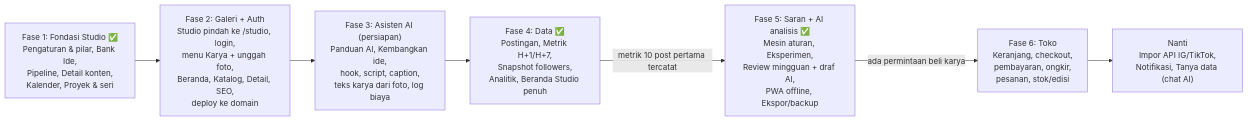
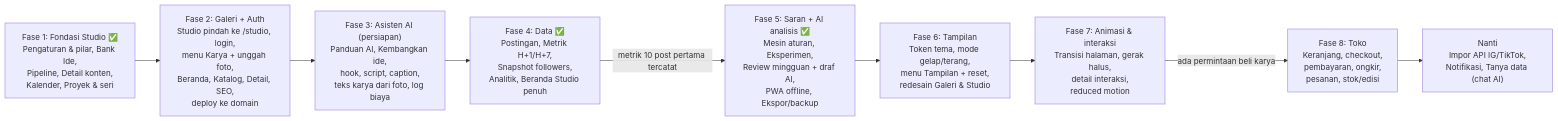
Before and after one commit to Andisurya01/cula-art: the second of 2 diagrams in docs/PRD.md, drawn with Mermaid. The commit also changed other lines of this file and 3 other files, not shown here.

````diff
--- a/docs/PRD.md
+++ b/docs/PRD.md
@@ -696,16 +739,20 @@
 ```mermaid
 flowchart LR
   F1["Fase 1: Fondasi Studio ✅<br/>Pengaturan & pilar, Bank Ide,<br/>Pipeline, Detail konten,<br/>Kalender, Proyek & seri"]
   F2["Fase 2: Galeri + Auth<br/>Studio pindah ke /studio, login,<br/>menu Karya + unggah foto,<br/>Beranda, Katalog, Detail, SEO,<br/>deploy ke domain"]
   F3["Fase 3: Asisten AI (persiapan)<br/>Panduan AI, Kembangkan ide,<br/>hook, script, caption,<br/>teks karya dari foto, log biaya"]
   F4["Fase 4: Data ✅<br/>Postingan, Metrik H+1/H+7,<br/>Snapshot followers,<br/>Analitik, Beranda Studio penuh"]
   F5["Fase 5: Saran + AI analisis ✅<br/>Mesin aturan, Eksperimen,<br/>Review mingguan + draf AI,<br/>PWA offline, Ekspor/backup"]
-  F6["Fase 6: Toko<br/>Keranjang, checkout,<br/>pembayaran, ongkir,<br/>pesanan, stok/edisi"]
-  F7["Nanti<br/>Impor API IG/TikTok,<br/>Notifikasi, Tanya data (chat AI)"]
+  F6["Fase 6: Tampilan<br/>Token tema, mode gelap/terang,<br/>menu Tampilan + reset,<br/>redesain Galeri & Studio"]
+  F7["Fase 7: Animasi & interaksi<br/>Transisi halaman, gerak halus,<br/>detail interaksi,<br/>reduced motion"]
+  F8["Fase 8: Toko<br/>Keranjang, checkout,<br/>pembayaran, ongkir,<br/>pesanan, stok/edisi"]
+  F9["Nanti<br/>Impor API IG/TikTok,<br/>Notifikasi, Tanya data (chat AI)"]
   F1 --> F2
   F2 --> F3
   F3 --> F4
   F4 -->|"metrik 10 post pertama tercatat"| F5
-  F5 -->|"ada permintaan beli karya"| F6
+  F5 --> F6
   F6 --> F7
+  F7 -->|"ada permintaan beli karya"| F8
+  F8 --> F9
 ```
````
